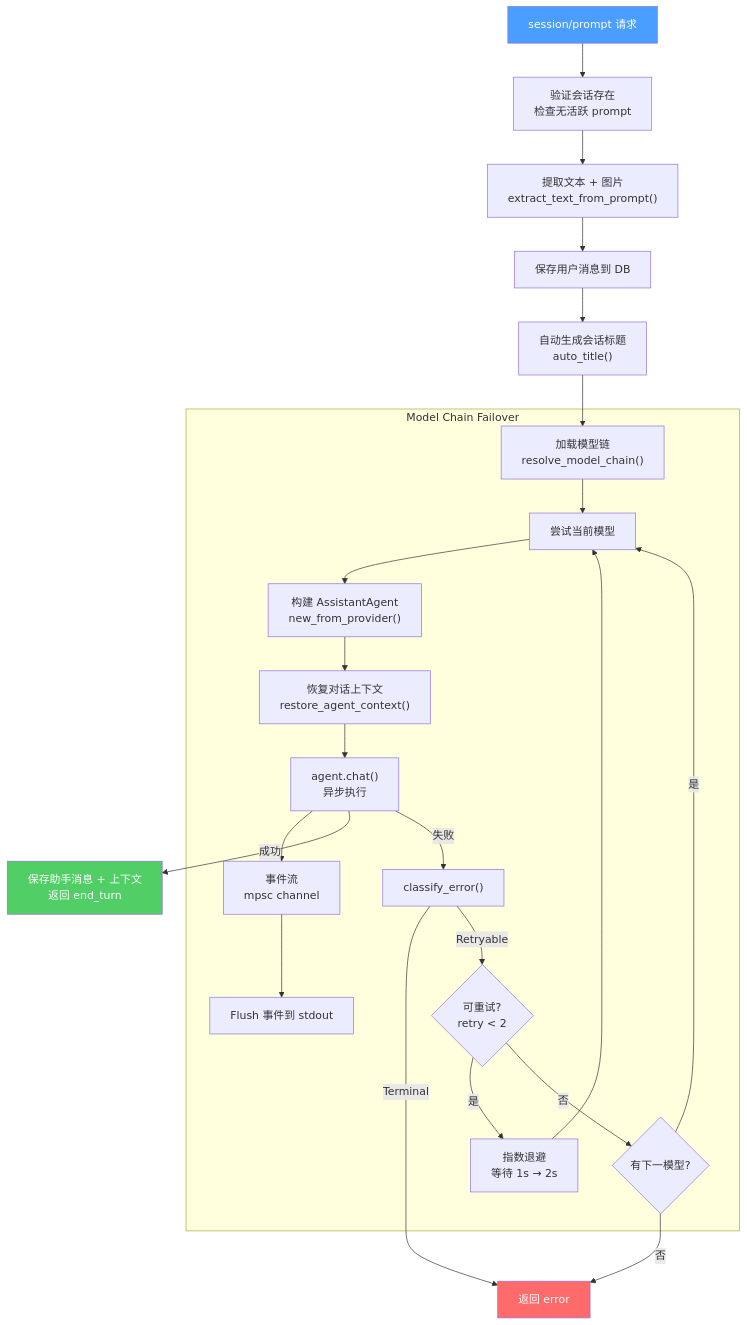
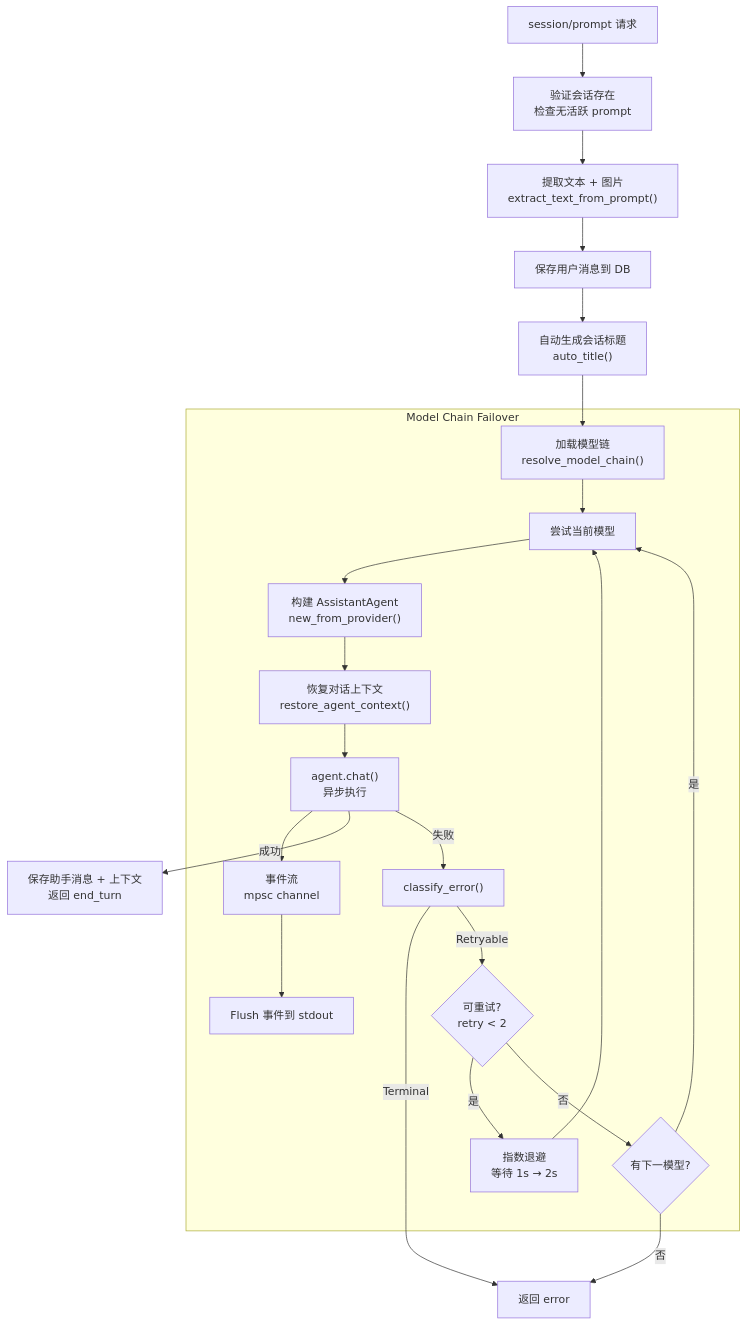
One commit to shiwenwen/hope-agent changed the sixth of 11 diagrams in docs/architecture/acp.md. Above: the diagram before and after it, drawn with Mermaid. The commit also changed other lines of this file and 13 other files, not shown here.

First line of the commit message:
docs: 移除 mermaid 图表中的自定义背景色填充

````diff
--- a/docs/architecture/acp.md
+++ b/docs/architecture/acp.md
@@ -276,52 +270,49 @@
 ```mermaid
 flowchart TB
     START["session/prompt 请求"]
     VALIDATE["验证会话存在<br/>检查无活跃 prompt"]
     EXTRACT["提取文本 + 图片<br/>extract_text_from_prompt()"]
     SAVE_USER["保存用户消息到 DB"]
     TITLE["自动生成会话标题<br/>auto_title()"]
 
     subgraph "Model Chain Failover"
         LOAD_CHAIN["加载模型链<br/>resolve_model_chain()"]
         TRY_MODEL["尝试当前模型"]
         BUILD_AGENT["构建 AssistantAgent<br/>new_from_provider()"]
         RESTORE_CTX["恢复对话上下文<br/>restore_agent_context()"]
         CHAT["agent.chat()<br/>异步执行"]
         EVENT_STREAM["事件流<br/>mpsc channel"]
         FLUSH["Flush 事件到 stdout"]
 
         CLASSIFY["classify_error()"]
         RETRY{"可重试?<br/>retry < 2"}
         NEXT_MODEL{"有下一模型?"}
         BACKOFF["指数退避<br/>等待 1s → 2s"]
     end
 
     SUCCESS["保存助手消息 + 上下文<br/>返回 end_turn"]
     ERROR["返回 error"]
 
     START --> VALIDATE
     VALIDATE --> EXTRACT
     EXTRACT --> SAVE_USER
     SAVE_USER --> TITLE
     TITLE --> LOAD_CHAIN
     LOAD_CHAIN --> TRY_MODEL
     TRY_MODEL --> BUILD_AGENT
     BUILD_AGENT --> RESTORE_CTX
     RESTORE_CTX --> CHAT
     CHAT --> EVENT_STREAM
     EVENT_STREAM --> FLUSH
 
     CHAT -- 成功 --> SUCCESS
     CHAT -- 失败 --> CLASSIFY
     CLASSIFY -- Terminal --> ERROR
     CLASSIFY -- Retryable --> RETRY
     RETRY -- 是 --> BACKOFF
     BACKOFF --> TRY_MODEL
     RETRY -- 否 --> NEXT_MODEL
     NEXT_MODEL -- 是 --> TRY_MODEL
     NEXT_MODEL -- 否 --> ERROR
 
-    style START fill:#4a9eff,color:#fff
-    style SUCCESS fill:#51cf66,color:#fff
-    style ERROR fill:#ff6b6b,color:#fff
 ```
````
